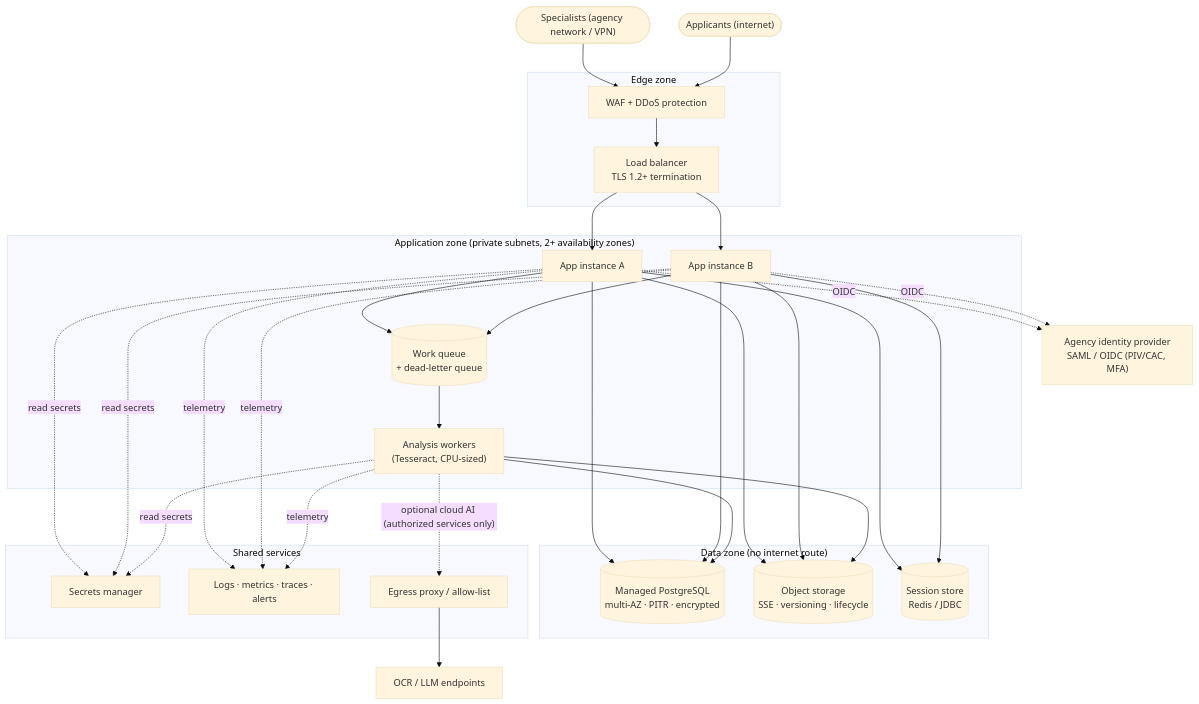
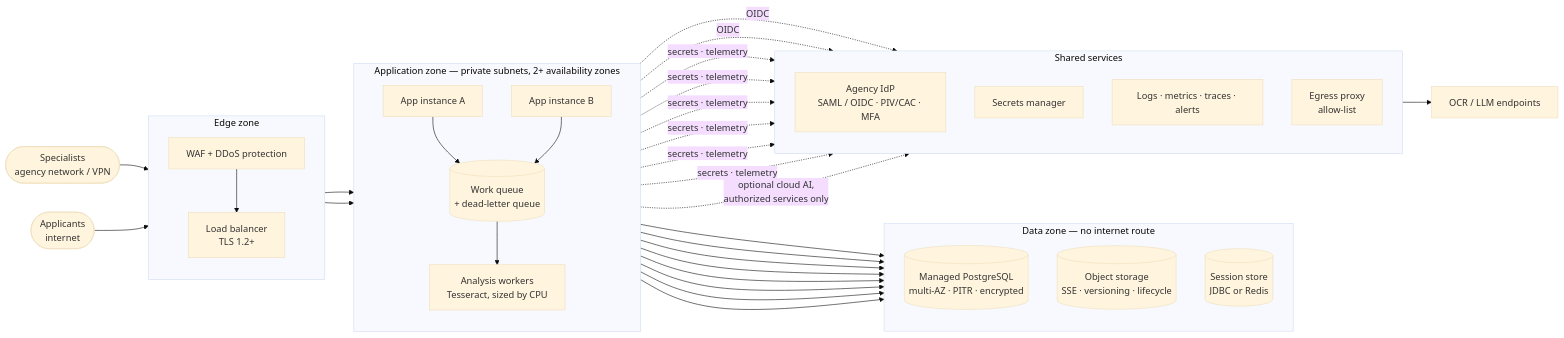
One commit to SarvariVin/ttb-label-verification changed the third of 6 diagrams in docs/infrastructure.md. Above: the diagram before and after it, drawn with Mermaid (base theme). The commit also changed other lines of this file and 251 other files, not shown here.

````diff
--- a/docs/infrastructure.md
+++ b/docs/infrastructure.md
@@ -94,39 +117,43 @@
 ```mermaid
-flowchart TB
-    users(["Specialists (agency network / VPN)"]) --> waf
-    apps(["Applicants (internet)"]) --> waf
-    idp["Agency identity provider<br/>SAML / OIDC (PIV/CAC, MFA)"]
+flowchart LR
+    spec(["Specialists<br/>agency network / VPN"])
+    appl(["Applicants<br/>internet"])
 
     subgraph edge["Edge zone"]
-        waf["WAF + DDoS protection"] --> lb["Load balancer<br/>TLS 1.2+ termination"]
+        direction TB
+        waf["WAF + DDoS protection"] --> lb["Load balancer<br/>TLS 1.2+"]
     end
 
-    subgraph appzone["Application zone (private subnets, 2+ availability zones)"]
+    subgraph appzone["Application zone — private subnets, 2+ availability zones"]
+        direction TB
         a1["App instance A"]
         a2["App instance B"]
-        w1["Analysis workers<br/>(Tesseract, CPU-sized)"]
         q[("Work queue<br/>+ dead-letter queue")]
+        w1["Analysis workers<br/>Tesseract, sized by CPU"]
+        q --> w1
     end
 
-    subgraph datazone["Data zone (no internet route)"]
+    subgraph datazone["Data zone — no internet route"]
+        direction TB
         db[("Managed PostgreSQL<br/>multi-AZ · PITR · encrypted")]
         obj[("Object storage<br/>SSE · versioning · lifecycle")]
-        sess[("Session store<br/>Redis / JDBC")]
+        sess[("Session store<br/>JDBC or Redis")]
     end
 
     subgraph shared["Shared services"]
+        direction TB
+        idp["Agency IdP<br/>SAML / OIDC · PIV/CAC · MFA"]
         sm["Secrets manager"]
         obs["Logs · metrics · traces · alerts"]
-        egress["Egress proxy / allow-list"]
+        egress["Egress proxy<br/>allow-list"]
     end
 
+    spec & appl --> waf
     lb --> a1 & a2
-    a1 & a2 -. OIDC .-> idp
-    a1 & a2 --> q --> w1
-    a1 & a2 & w1 --> db
-    a1 & a2 & w1 --> obj
+    a1 & a2 --> q
+    a1 & a2 & w1 --> db & obj
     a1 & a2 --> sess
-    a1 & a2 & w1 -. read secrets .-> sm
-    a1 & a2 & w1 -. telemetry .-> obs
-    w1 -. "optional cloud AI (authorized services only)" .-> egress --> ai["OCR / LLM endpoints"]
+    a1 & a2 -. "OIDC" .-> idp
+    a1 & a2 & w1 -. "secrets · telemetry" .-> sm & obs
+    w1 -. "optional cloud AI,<br/>authorized services only" .-> egress --> ai["OCR / LLM endpoints"]
 ```
````
